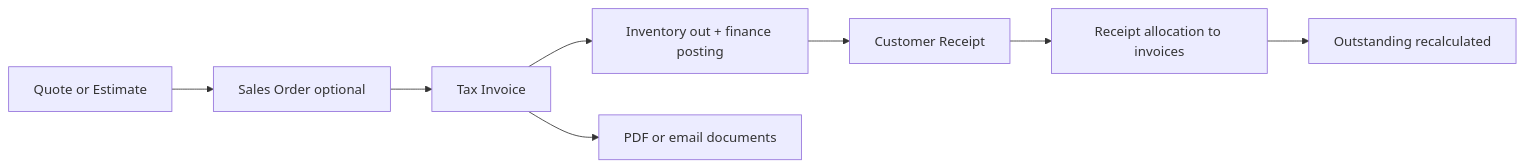
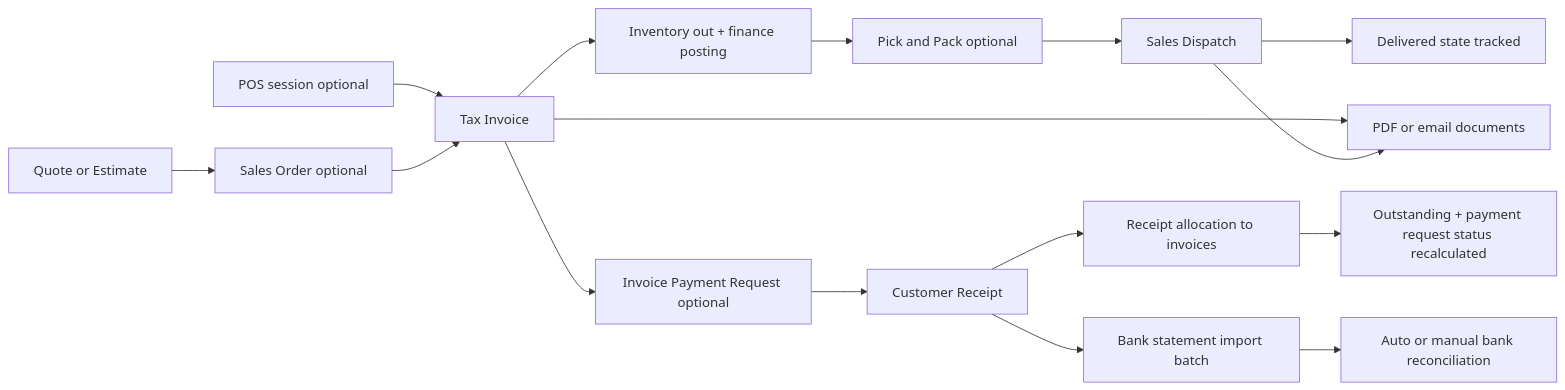
One commit to sameermth/RetailManagementBackend changed the third of 5 diagrams in readme.md. Above: the diagram before and after it, drawn with Mermaid. The commit also changed other lines of this file and 198 other files, not shown here.

````diff
--- a/readme.md
+++ b/readme.md
@@ -45,10 +45,18 @@
 ```mermaid
 flowchart LR
-  A[Quote or Estimate] --> B[Sales Order optional]
-  B --> C[Tax Invoice]
+  A[POS session optional] --> C[Tax Invoice]
+  A1[Quote or Estimate] --> B[Sales Order optional]
+  B --> C
   C --> D[Inventory out + finance posting]
-  D --> E[Customer Receipt]
-  E --> F[Receipt allocation to invoices]
-  F --> G[Outstanding recalculated]
-  C --> H[PDF or email documents]
+  C --> E[Invoice Payment Request optional]
+  E --> F[Customer Receipt]
+  F --> G[Receipt allocation to invoices]
+  G --> H[Outstanding + payment request status recalculated]
+  D --> I[Pick and Pack optional]
+  I --> J[Sales Dispatch]
+  J --> K[Delivered state tracked]
+  F --> L[Bank statement import batch]
+  L --> M[Auto or manual bank reconciliation]
+  C --> N[PDF or email documents]
+  J --> N
 ```
````
